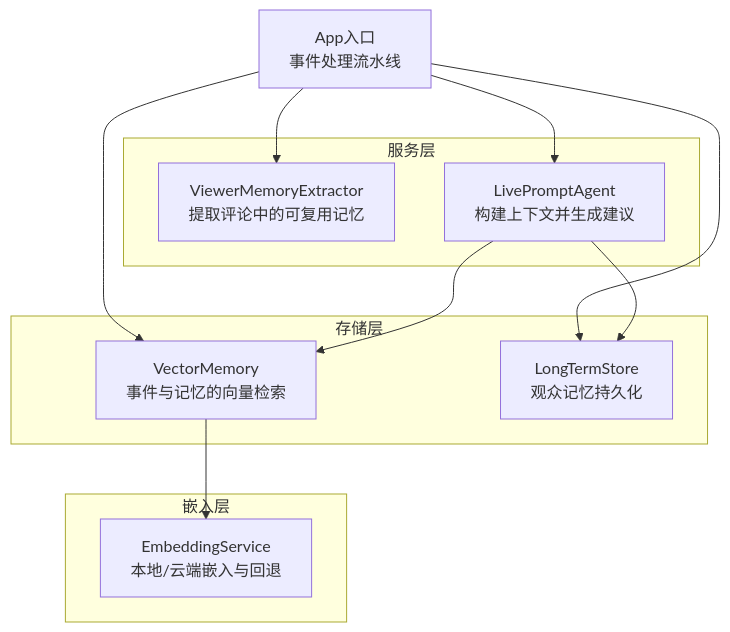
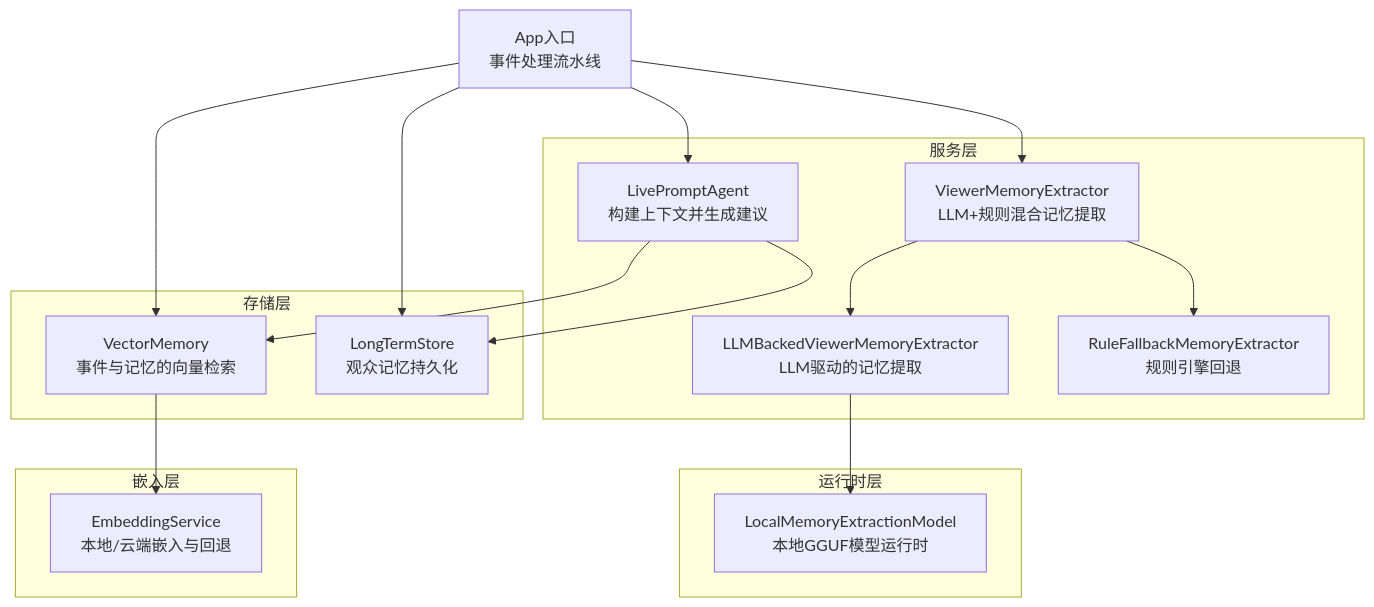
The first of 6 diagrams in .qoder/repowiki/zh/content/后端服务/智能提词引擎/记忆提取器.md (Moon-Force/DouYin_llm), drawn with Mermaid before and after one commit. The commit also changed other lines of this file and 35 other files, not shown here.

Commit message:
feat: finalize ollama memory extraction evaluation

````diff
--- a/.qoder/repowiki/zh/content/后端服务/智能提词引擎/记忆提取器.md
+++ b/.qoder/repowiki/zh/content/后端服务/智能提词引擎/记忆提取器.md
@@ -47,21 +63,29 @@
 ```mermaid
 graph TB
 subgraph "服务层"
-ME["ViewerMemoryExtractor<br/>提取评论中的可复用记忆"]
+ME["ViewerMemoryExtractor<br/>LLM+规则混合记忆提取"]
+LME["LLMBackedViewerMemoryExtractor<br/>LLM驱动的记忆提取"]
+RFE["RuleFallbackMemoryExtractor<br/>规则引擎回退"]
 AG["LivePromptAgent<br/>构建上下文并生成建议"]
+end
+subgraph "运行时层"
+LM["LocalMemoryExtractionModel<br/>本地GGUF模型运行时"]
 end
 subgraph "存储层"
 VS["VectorMemory<br/>事件与记忆的向量检索"]
 LTS["LongTermStore<br/>观众记忆持久化"]
 end
 subgraph "嵌入层"
 ES["EmbeddingService<br/>本地/云端嵌入与回退"]
 end
 APP["App入口<br/>事件处理流水线"] --> ME
+ME --> LME
+ME --> RFE
+LME --> LM
 APP --> AG
 APP --> VS
 APP --> LTS
 VS --> ES
 AG --> VS
 AG --> LTS
 ```
````
